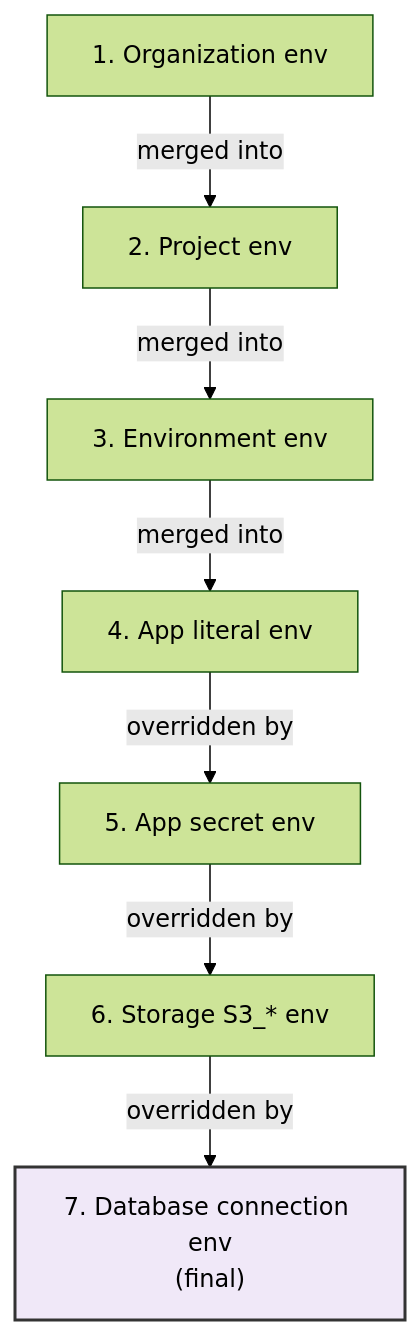
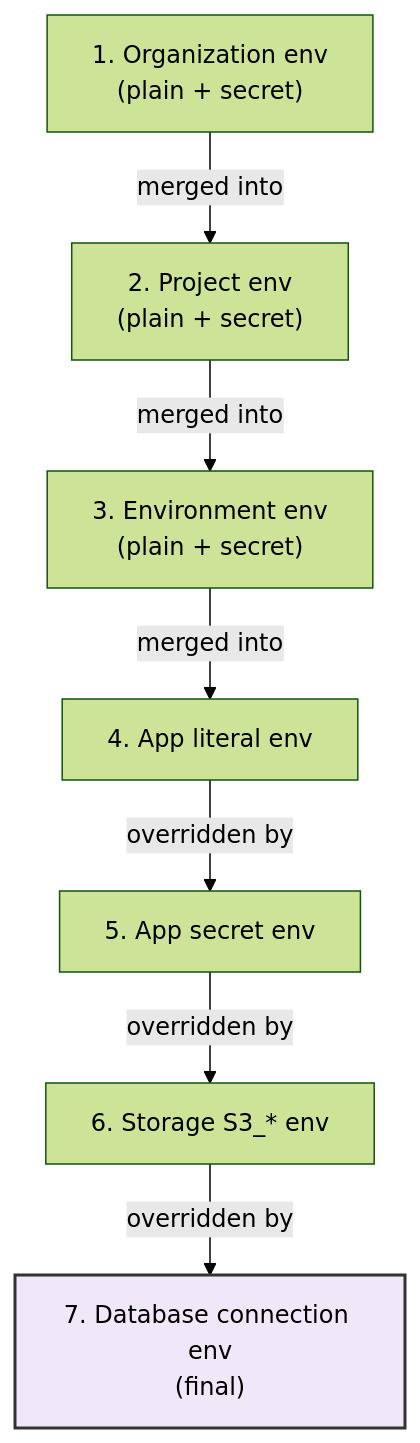
One commit to glincker/levelrail changed the second of 2 diagrams in docs/projects-and-organizations.md. Above: the diagram before and after it, drawn with Mermaid (forest theme). The commit also changed other lines of this file and 4 other files, not shown here.

First line of the commit message:
docs: document tags, shared env var secrets, and the fleet resource chart

````diff
--- a/docs/projects-and-organizations.md
+++ b/docs/projects-and-organizations.md
@@ -105,11 +105,11 @@
 ```mermaid
 flowchart TD
-  A["1. Organization env"] -->|merged into| B["2. Project env"]
-  B -->|merged into| C["3. Environment env"]
+  A["1. Organization env<br/>(plain + secret)"] -->|merged into| B["2. Project env<br/>(plain + secret)"]
+  B -->|merged into| C["3. Environment env<br/>(plain + secret)"]
   C -->|merged into| D["4. App literal env"]
   D -->|overridden by| E["5. App secret env"]
   E -->|overridden by| F["6. Storage S3_* env"]
   F -->|overridden by| G["7. Database connection env<br/>(final)"]
   
   style G fill:#f0e8f8,stroke:#333,stroke-width:2px
 ```
````
